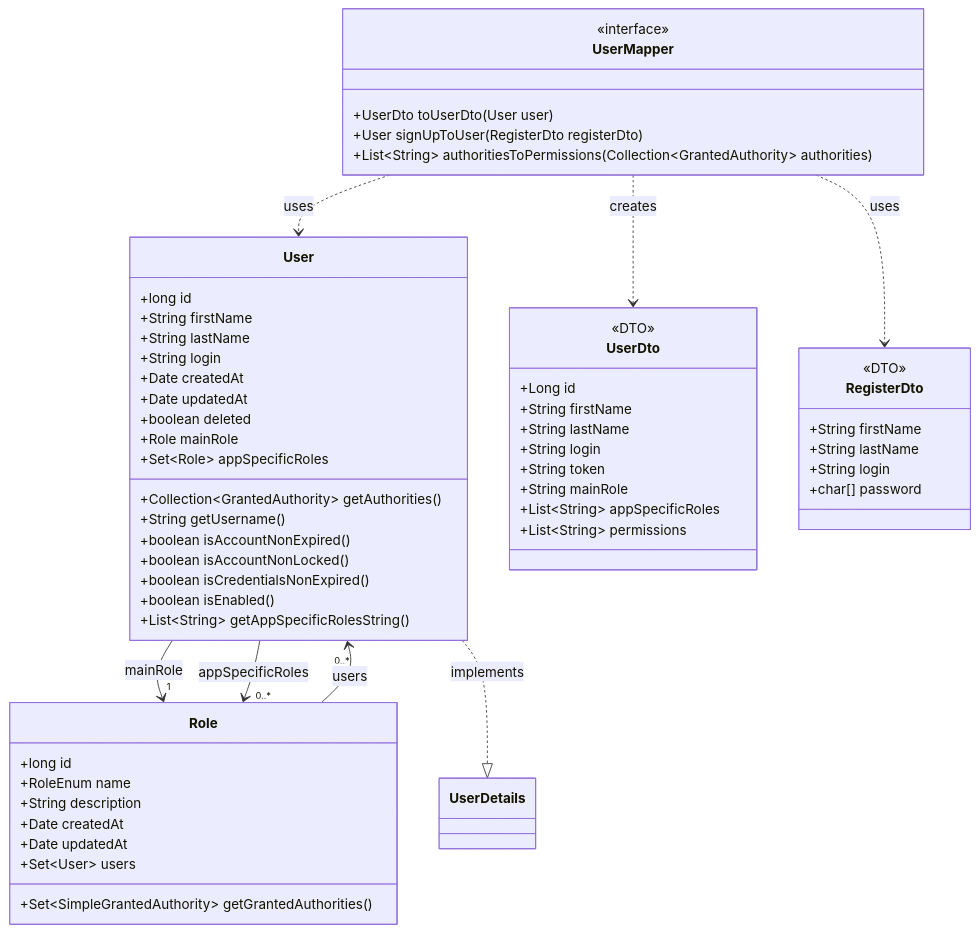
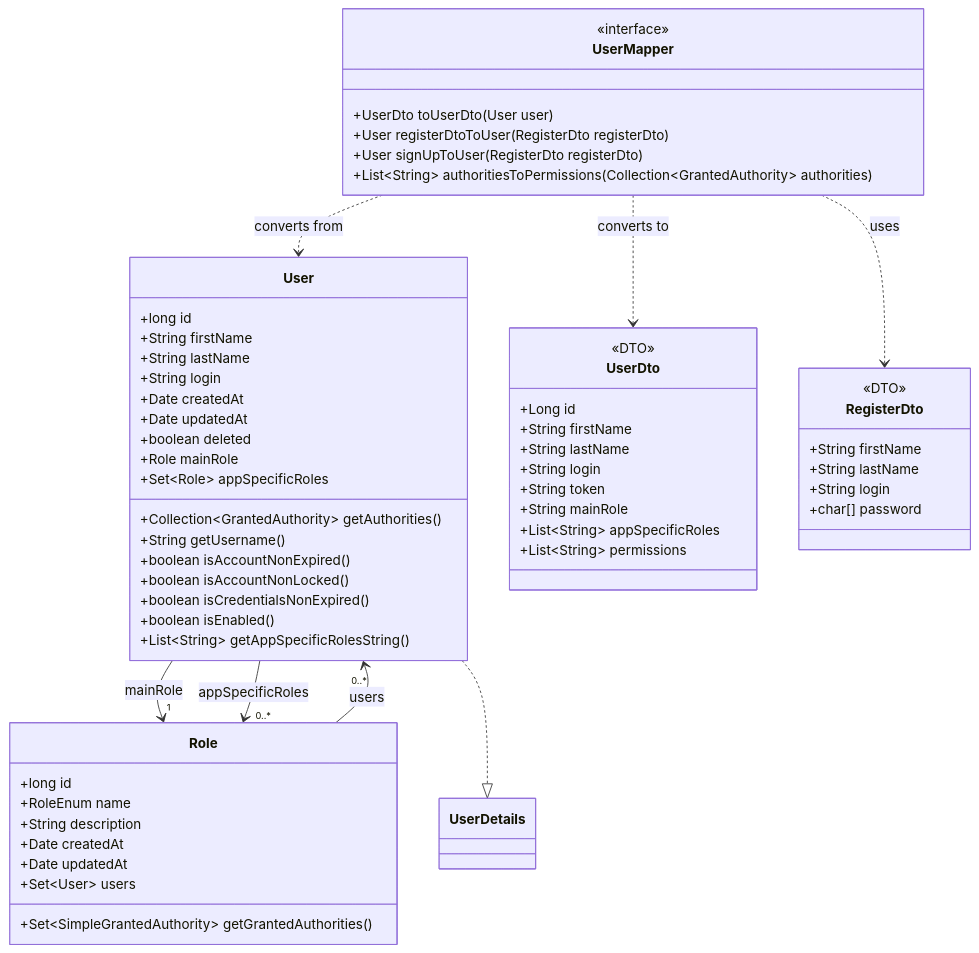
One commit to OrifInformatique/template_frontback changed the fourth of 6 diagrams in doc/process-documentation.md. Above: the diagram before and after it, drawn with Mermaid. The commit also changed other lines of this file and 15 other files, not shown here.

````diff
--- a/doc/process-documentation.md
+++ b/doc/process-documentation.md
@@ -182,67 +204,68 @@
 ```mermaid
 classDiagram
     class User {
         +long id
         +String firstName
         +String lastName
         +String login
         +Date createdAt
         +Date updatedAt
         +boolean deleted
         +Role mainRole
         +Set~Role~ appSpecificRoles
         +Collection~GrantedAuthority~ getAuthorities()
         +String getUsername()
         +boolean isAccountNonExpired()
         +boolean isAccountNonLocked()
         +boolean isCredentialsNonExpired()
         +boolean isEnabled()
         +List~String~ getAppSpecificRolesString()
     }
 
     class Role {
         +long id
         +RoleEnum name
         +String description
         +Date createdAt
         +Date updatedAt
         +Set~User~ users
         +Set~SimpleGrantedAuthority~ getGrantedAuthorities()
     }
 
     class UserDto {
         <<DTO>>
         +Long id
         +String firstName
         +String lastName
         +String login
         +String token
         +String mainRole
         +List~String~ appSpecificRoles
         +List~String~ permissions
     }
 
     class RegisterDto {
         <<DTO>>
         +String firstName
         +String lastName
         +String login
         +char[] password
     }
 
     class UserMapper {
         <<interface>>
         +UserDto toUserDto(User user)
+        +User registerDtoToUser(RegisterDto registerDto)
         +User signUpToUser(RegisterDto registerDto)
         +List~String~ authoritiesToPermissions(Collection~GrantedAuthority~ authorities)
     }
 
     %% Relationships
     User --> "1" Role : mainRole
     User --> "0..*" Role : appSpecificRoles
     Role --> "0..*" User : users
-    UserMapper ..> User : uses
-    UserMapper ..> UserDto : creates
+    UserMapper ..> User : converts from
+    UserMapper ..> UserDto : converts to
     UserMapper ..> RegisterDto : uses
-    User ..|> UserDetails : implements
+    User ..|> UserDetails
 ```
````
